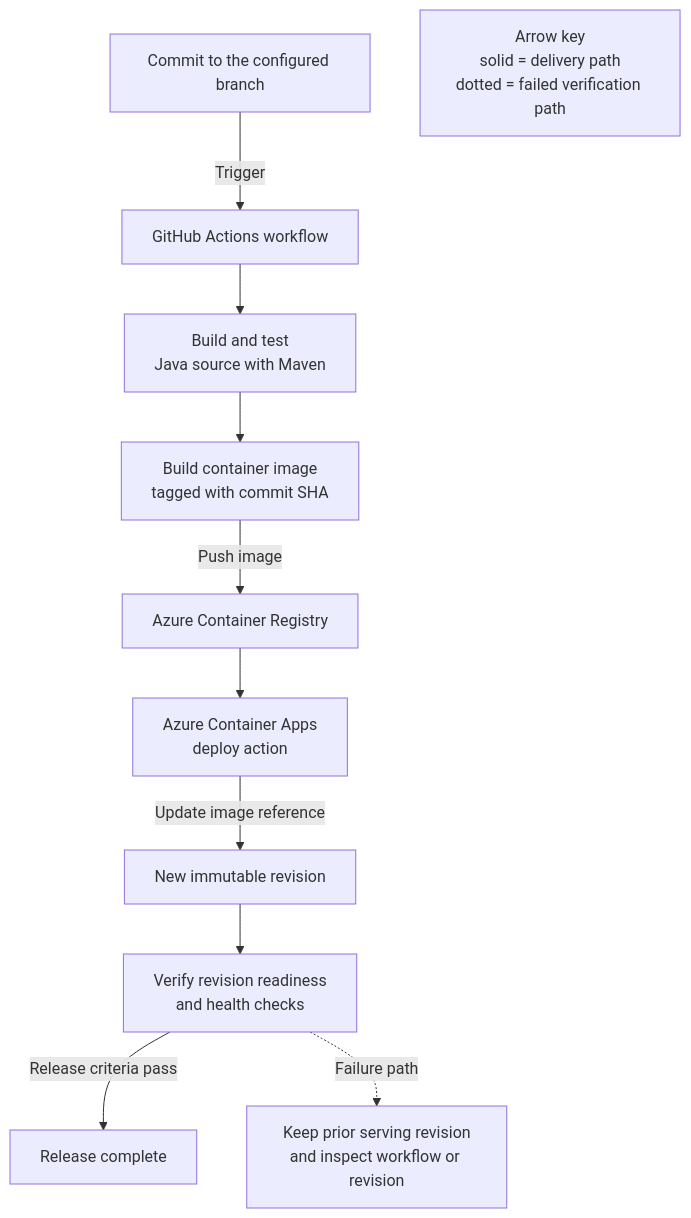
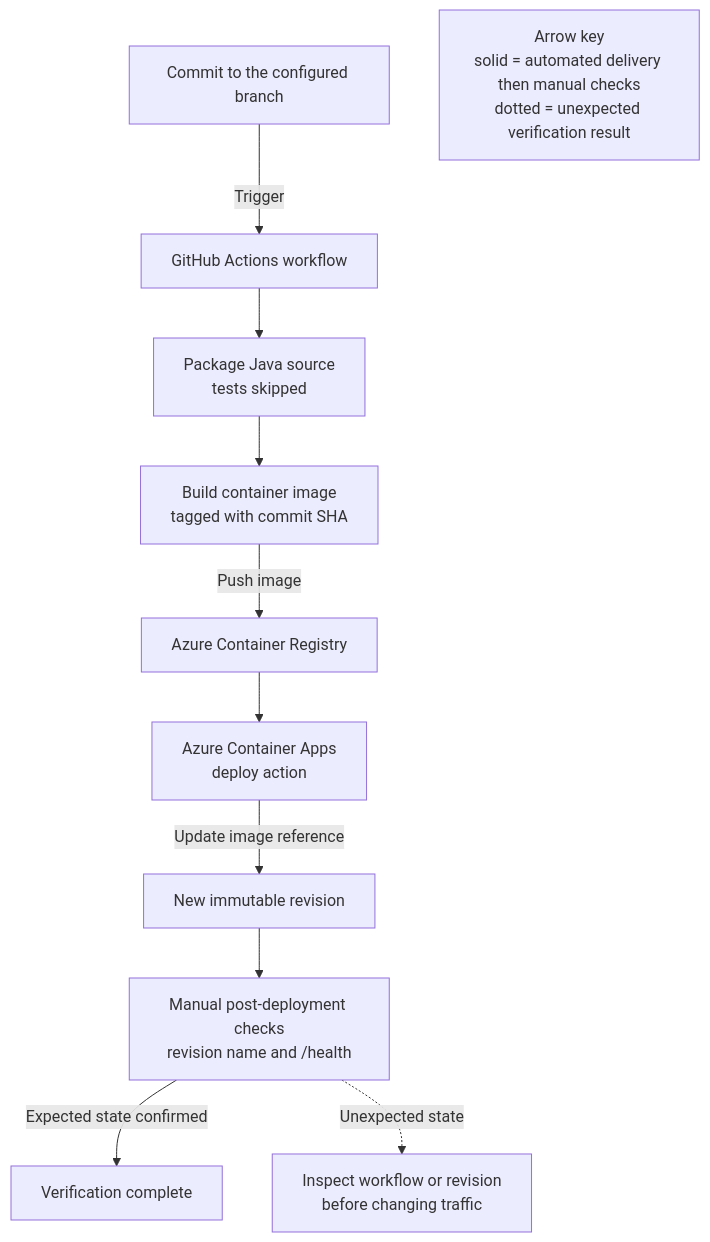
One commit to yeongseon/azure-container-apps-practical-guide changed the second of 2 diagrams in docs/language-guides/java/tutorial/06-ci-cd.md. Above: the diagram before and after it, drawn with Mermaid. The commit also changed other lines of this file and 8 other files, not shown here.

Commit message:
docs(diagrams): address tutorial review feedback

````diff
--- a/docs/language-guides/java/tutorial/06-ci-cd.md
+++ b/docs/language-guides/java/tutorial/06-ci-cd.md
@@ -90,28 +90,28 @@
 ```mermaid
 flowchart TD
     accTitle: GitHub Actions delivery flow for the Java container app
-    accDescr: A commit starts a workflow that tests the Java source, builds an immutable container image, pushes it to Azure Container Registry, updates the container app, and verifies the new revision before release completion.
+    accDescr: A commit starts a workflow that packages the Java source with tests skipped, builds a commit-tagged container image in Azure Container Registry, and updates the container app. Revision and application health are verified manually after deployment.
 
     COMMIT["Commit to the configured branch"]
     WORKFLOW["GitHub Actions workflow"]
-    TEST["Build and test<br/>Java source with Maven"]
+    PACKAGE["Package Java source<br/>tests skipped"]
     IMAGE["Build container image<br/>tagged with commit SHA"]
     ACR["Azure Container Registry"]
     DEPLOY["Azure Container Apps<br/>deploy action"]
     REVISION["New immutable revision"]
-    VERIFY["Verify revision readiness<br/>and health checks"]
-    COMPLETE["Release complete"]
-    INVESTIGATE["Keep prior serving revision<br/>and inspect workflow or revision"]
+    VERIFY["Manual post-deployment checks<br/>revision name and /health"]
+    COMPLETE["Verification complete"]
+    INVESTIGATE["Inspect workflow or revision<br/>before changing traffic"]
 
     COMMIT -->|"Trigger"| WORKFLOW
-    WORKFLOW --> TEST
-    TEST --> IMAGE
+    WORKFLOW --> PACKAGE
+    PACKAGE --> IMAGE
     IMAGE -->|"Push image"| ACR
     ACR --> DEPLOY
     DEPLOY -->|"Update image reference"| REVISION
     REVISION --> VERIFY
-    VERIFY -->|"Release criteria pass"| COMPLETE
-    VERIFY -.->|"Failure path"| INVESTIGATE
+    VERIFY -->|"Expected state confirmed"| COMPLETE
+    VERIFY -.->|"Unexpected state"| INVESTIGATE
 
-    LEGEND["Arrow key<br/>solid = delivery path<br/>dotted = failed verification path"]
+    LEGEND["Arrow key<br/>solid = automated delivery then manual checks<br/>dotted = unexpected verification result"]
 ```
````
